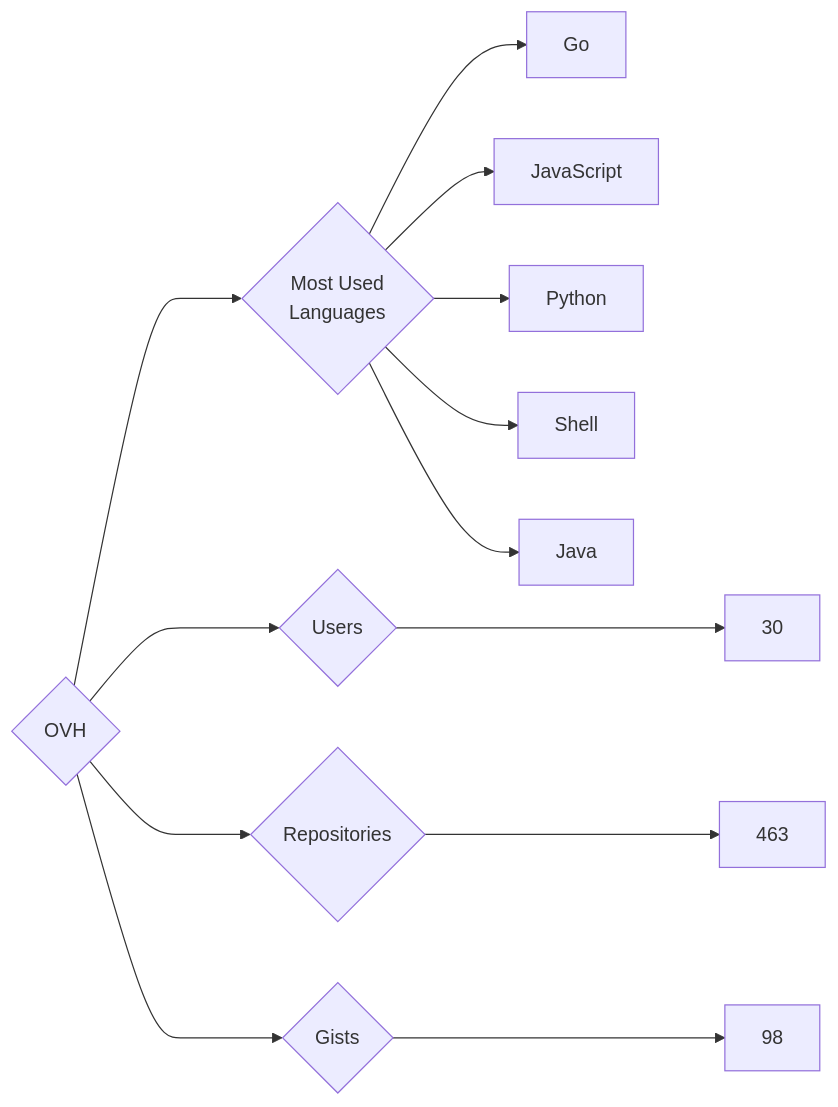
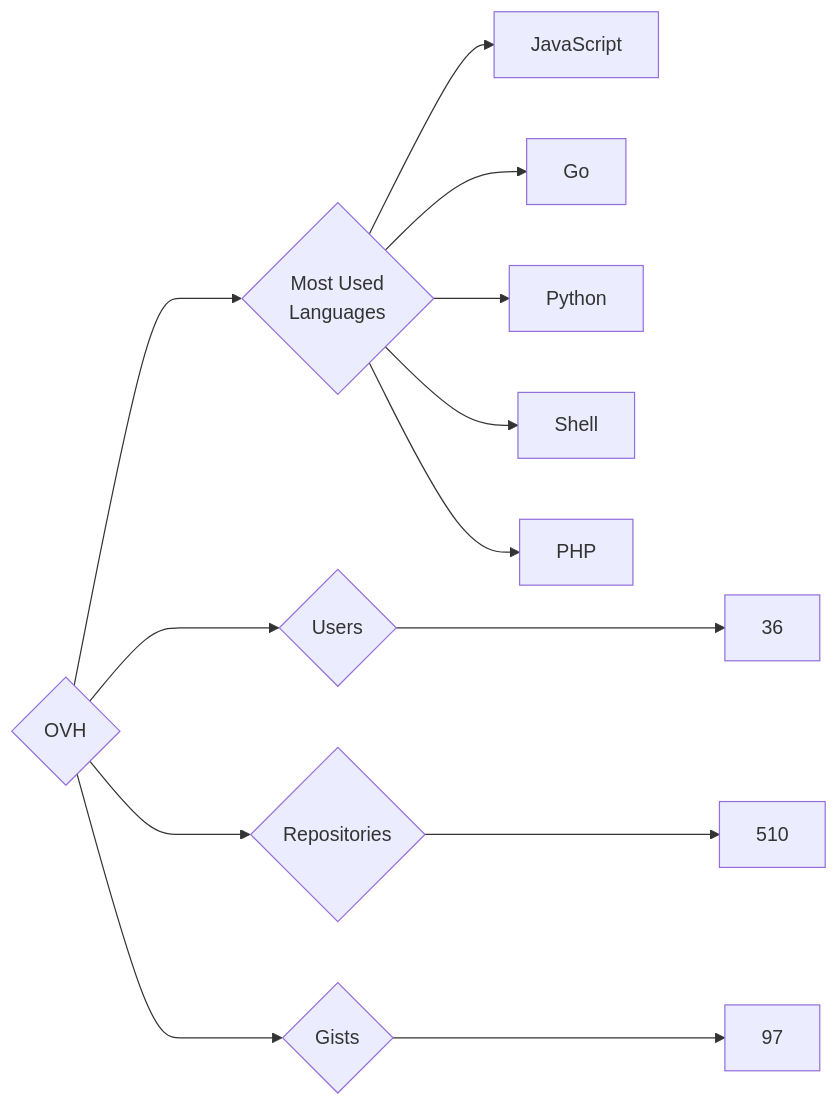
The diagram in targets/OVH/README.md (trickest/insiders), drawn with Mermaid before and after one commit. The commit also changed 920 other files, not shown here.

````diff
--- a/targets/OVH/README.md
+++ b/targets/OVH/README.md
@@ -3,13 +3,13 @@
 ```mermaid
 graph LR
 COMPANY_NAME{OVH}
-COMPANY_NAME ---> U{Users} ---> UN[30]
-COMPANY_NAME ---> R{Repositories} ---> RN[463]
-COMPANY_NAME ---> G{Gists} ---> GN[98]
+COMPANY_NAME ---> U{Users} ---> UN[36]
+COMPANY_NAME ---> R{Repositories} ---> RN[510]
+COMPANY_NAME ---> G{Gists} ---> GN[97]
 COMPANY_NAME ---> ML{Most Used<br>Languages}
+ML --> JavaScript[JavaScript]
 ML --> Go[Go]
-ML --> JavaScript[JavaScript]
 ML --> Python[Python]
 ML --> Shell[Shell]
-ML --> Java[Java]
+ML --> PHP[PHP]
 ```
````
